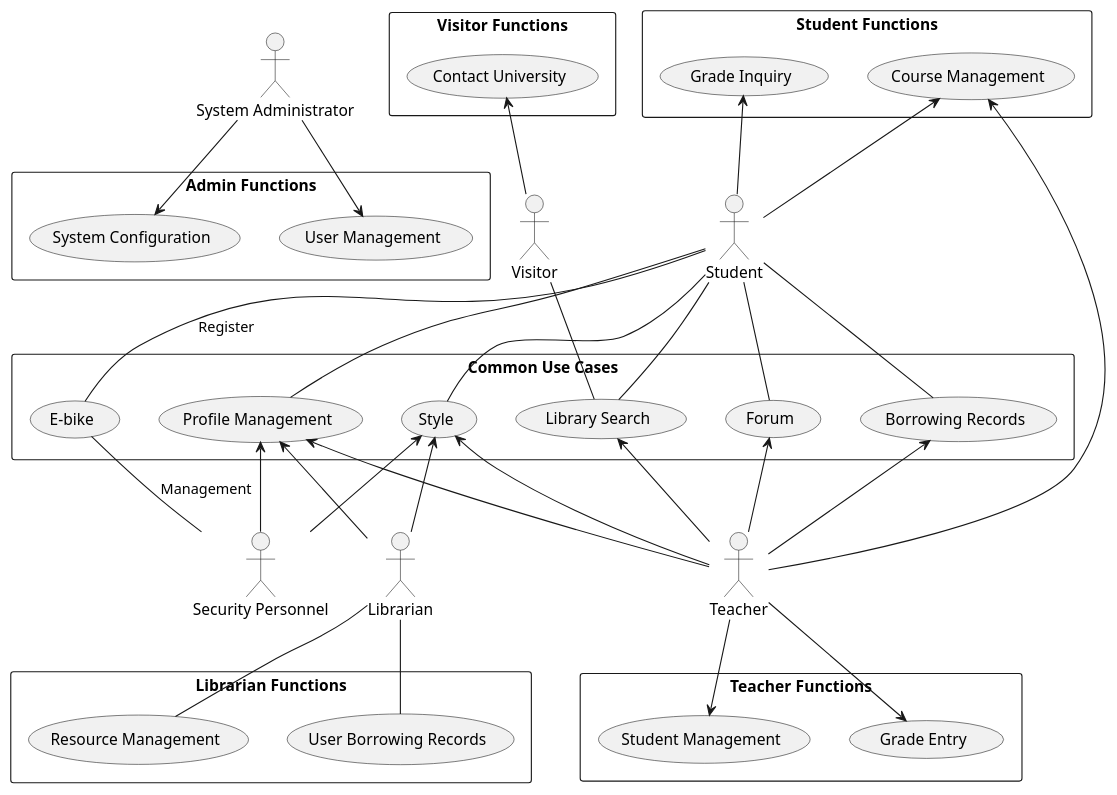
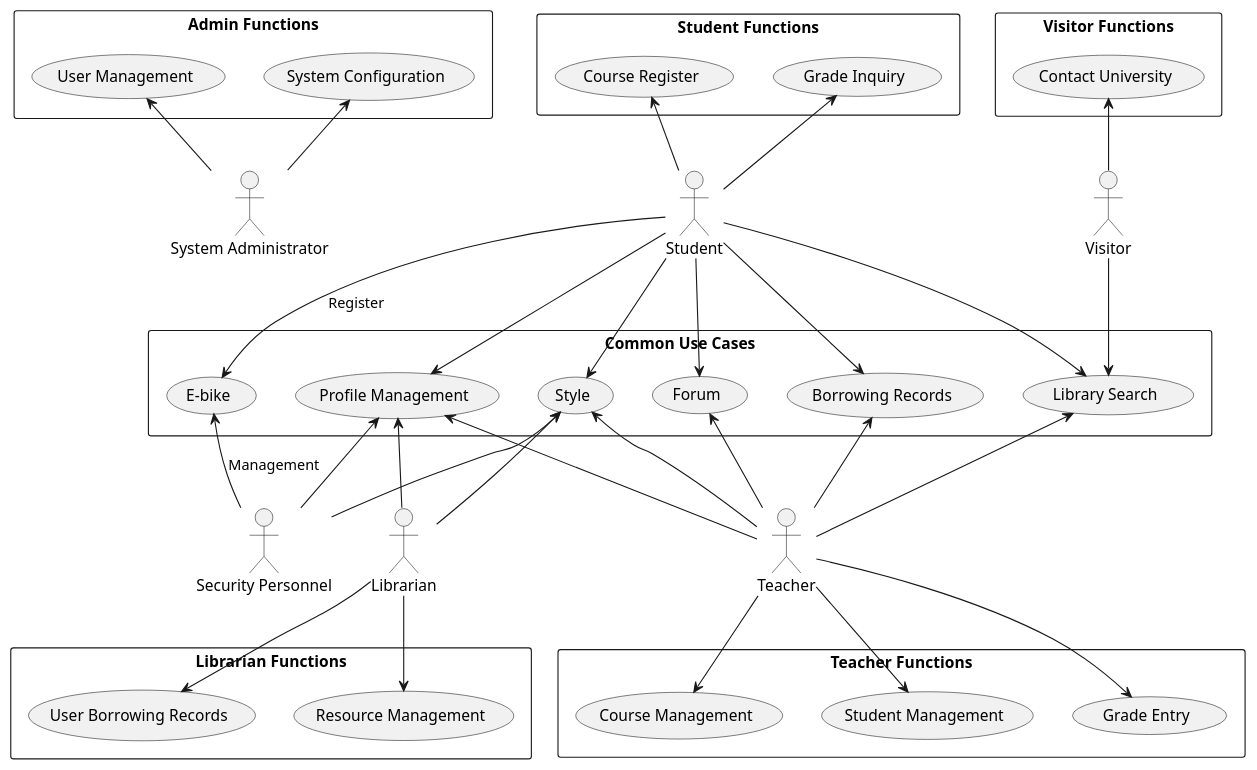
The diagram in Use Case/Diagram/Use Case Diagram.puml (mrle0429/University-System-Web), drawn with PlantUML before and after one commit. The commit also changed 2 other files, not shown here.

Commit message:
Edit use case diagram.

```diff
--- a/Use Case/Diagram/Use Case Diagram.puml
+++ b/Use Case/Diagram/Use Case Diagram.puml
@@ -1,62 +1,62 @@
 @startuml
 actor "System Administrator" as Admin
 actor "Visitor" as Visitor
 actor "Security Personnel" as Security
 actor "Librarian" as Librarian
 actor "Teacher" as Teacher
 actor "Student" as Student
 
 rectangle "Common Use Cases" {
     (Profile Management) as Profile
     (Library Search) as LibrarySearch
     (Borrowing Records) as BorrowingRecords
     (Style) as Style
     (E-bike) as EB
     (Forum) as Forum
 }
 
 rectangle "Admin Functions" {
     Admin -up-> (User Management)
-    Admin -down-> (System Configuration)
+    Admin -up-> (System Configuration)
 }
 
 rectangle "Student Functions" {
-    Student -up-> (Course Management)
+    Student -up-> (Course Register)
     Student -up-> (Grade Inquiry)
-    Student -- LibrarySearch
-    Student -- BorrowingRecords
-    Student -- Profile
-    Student -- Forum
-    Student -- EB: Register
-    Student -- Style
+    Student -down-> LibrarySearch
+    Student -down-> BorrowingRecords
+    Student -down-> Profile
+    Student -down-> Forum
+    Student -down-> EB: Register
+    Student -down-> Style
 }
 
 rectangle "Teacher Functions" {
     Teacher -down-> (Course Management)
     Teacher -down-> (Student Management)
     Teacher -up-> LibrarySearch
     Teacher -up-> BorrowingRecords
     Teacher -up-> Profile
     Teacher -down-> (Grade Entry)
     Teacher -up-> Forum
     Teacher -up-> Style
 }
 
 rectangle "Librarian Functions" {
-    Librarian -- (Resource Management)
-    Librarian -- (User Borrowing Records)
+    Librarian -down-> (Resource Management)
+    Librarian -down-> (User Borrowing Records)
     Librarian -up-> Profile
     Librarian -up-> Style
 }
 
 
-Security -- EB: Management
+Security -up-> EB: Management
 Security -up-> Profile
 Security -up-> Style
 
 
 rectangle "Visitor Functions" {
-    Visitor -- LibrarySearch
+    Visitor -down-> LibrarySearch
     Visitor -up-> (Contact University)
 }
 @enduml
```
